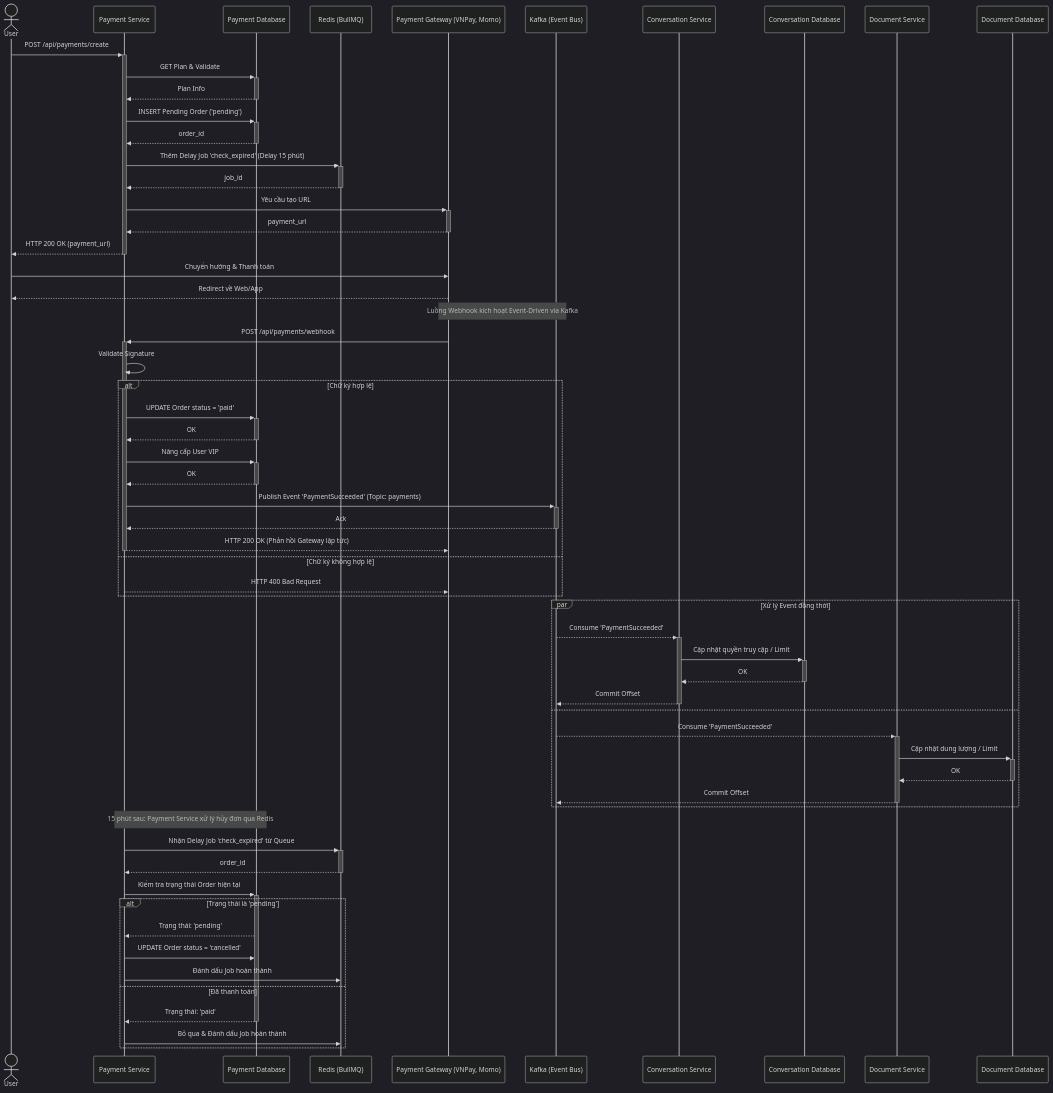
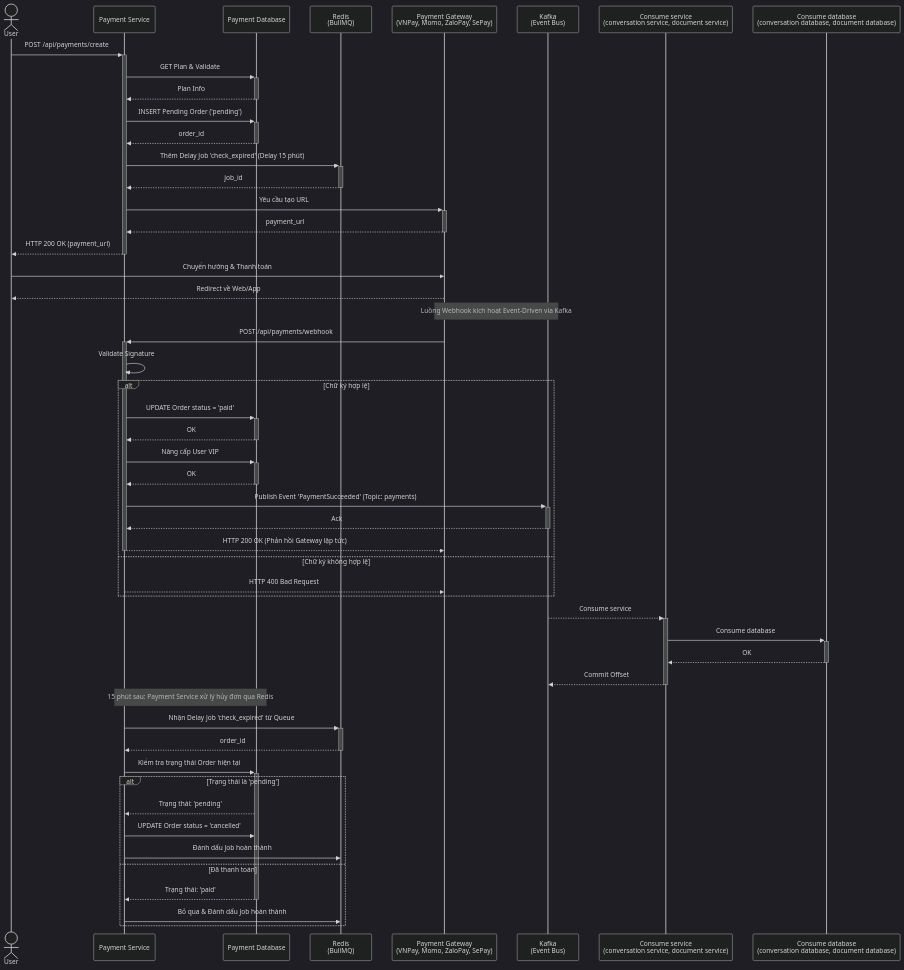
The diagram in docs/1. Tổng quan đề tài/1.3. Bài toán nghiệp vụ/payment.mmd (20206205Tech/docs-markdown), drawn with Mermaid (dark theme) before and after one commit. The commit also changed 1 other file, not shown here.

```diff
--- a/docs/1. Tổng quan đề tài/1.3. Bài toán nghiệp vụ/payment.mmd
+++ b/docs/1. Tổng quan đề tài/1.3. Bài toán nghiệp vụ/payment.mmd
@@ -1,79 +1,70 @@
 sequenceDiagram
     actor User
     participant PaymentService as Payment Service
     participant PaymentDatabase as Payment Database
-    participant Redis as Redis (BullMQ)
-    participant PaymentGateway as Payment Gateway (VNPay, Momo)
-    participant Kafka as Kafka (Event Bus)
-    participant ConversationService as Conversation Service
-    participant ConversationDatabase as Conversation Database
-    participant DocumentService as Document Service
-    participant DocumentDatabase as Document Database
+    participant Redis as Redis <br>(BullMQ)
+    participant PaymentGateway as Payment Gateway <br>(VNPay, Momo, ZaloPay, SePay)
+    participant Kafka as Kafka <br>(Event Bus)
+    participant ConsumeService as Consume service <br>(conversation service, document service)
+    participant ConsumeDatabase as Consume database <br>(conversation database, document database)
 
-    %% PHẦN 1: TẠO ĐƠN VÀ HẸN GIỜ HỦY (Giữ nguyên Redis)
+    %% PHẦN 1: TẠO ĐƠN VÀ HẸN GIỜ HỦY
     User->>+PaymentService: POST /api/payments/create
     PaymentService->>+PaymentDatabase: GET Plan & Validate
     PaymentDatabase-->>-PaymentService: Plan Info
 
     PaymentService->>+PaymentDatabase: INSERT Pending Order ('pending')
     PaymentDatabase-->>-PaymentService: order_id
 
     %% Đẩy Delay Job vào BullMQ
     PaymentService->>+Redis: Thêm Delay Job 'check_expired' (Delay 15 phút)
     Redis-->>-PaymentService: job_id
 
     PaymentService->>+PaymentGateway: Yêu cầu tạo URL
     PaymentGateway-->>-PaymentService: payment_url
     PaymentService-->>-User: HTTP 200 OK (payment_url)
 
     %% PHẦN 2: THANH TOÁN
     User->>PaymentGateway: Chuyển hướng & Thanh toán
     PaymentGateway-->>User: Redirect về Web/App
 
     %% PHẦN 3 & 4: WEBHOOK & KAFKA PUB/SUB
     Note over PaymentGateway, Kafka: Luồng Webhook kích hoạt Event-Driven via Kafka
     PaymentGateway->>+PaymentService: POST /api/payments/webhook
     PaymentService->>PaymentService: Validate Signature
 
     alt Chữ ký hợp lệ
         PaymentService->>+PaymentDatabase: UPDATE Order status = 'paid'
         PaymentDatabase-->>-PaymentService: OK
         PaymentService->>+PaymentDatabase: Nâng cấp User VIP
         PaymentDatabase-->>-PaymentService: OK
 
         %% Publish Event lên Kafka
         PaymentService->>+Kafka: Publish Event 'PaymentSucceeded' (Topic: payments)
         Kafka-->>-PaymentService: Ack
 
         PaymentService-->>-PaymentGateway: HTTP 200 OK (Phản hồi Gateway lập tức)
     else Chữ ký không hợp lệ
         PaymentService-->>PaymentGateway: HTTP 400 Bad Request
     end
 
     %% Các service khác tự động Consume Event từ Kafka
-    par Xử lý Event đồng thời
-        Kafka-->>+ConversationService: Consume 'PaymentSucceeded'
-        ConversationService->>+ConversationDatabase: Cập nhật quyền truy cập / Limit
-        ConversationDatabase-->>-ConversationService: OK
-        ConversationService-->>-Kafka: Commit Offset
-    and
-        Kafka-->>+DocumentService: Consume 'PaymentSucceeded'
-        DocumentService->>+DocumentDatabase: Cập nhật dung lượng / Limit
-        DocumentDatabase-->>-DocumentService: OK
-        DocumentService-->>-Kafka: Commit Offset
-    end
+    Kafka-->>+ConsumeService: Consume service
+    ConsumeService->>+ConsumeDatabase: Consume database
+    ConsumeDatabase-->>-ConsumeService: OK
+    ConsumeService-->>-Kafka: Commit Offset
 
     %% PHẦN 5: XỬ LÝ DELAY JOB (Sau 15 phút nếu chưa thanh toán)
     Note over PaymentService, PaymentDatabase: 15 phút sau: Payment Service xử lý hủy đơn qua Redis
     PaymentService->>+Redis: Nhận Delay Job 'check_expired' từ Queue
     Redis-->>-PaymentService: order_id
     PaymentService->>+PaymentDatabase: Kiểm tra trạng thái Order hiện tại
 
     alt Trạng thái là 'pending'
         PaymentDatabase-->>PaymentService: Trạng thái: 'pending'
         PaymentService->>PaymentDatabase: UPDATE Order status = 'cancelled'
         PaymentService->>Redis: Đánh dấu Job hoàn thành
     else Đã thanh toán
         PaymentDatabase-->>-PaymentService: Trạng thái: 'paid'
         PaymentService->>Redis: Bỏ qua & Đánh dấu Job hoàn thành
     end
```
